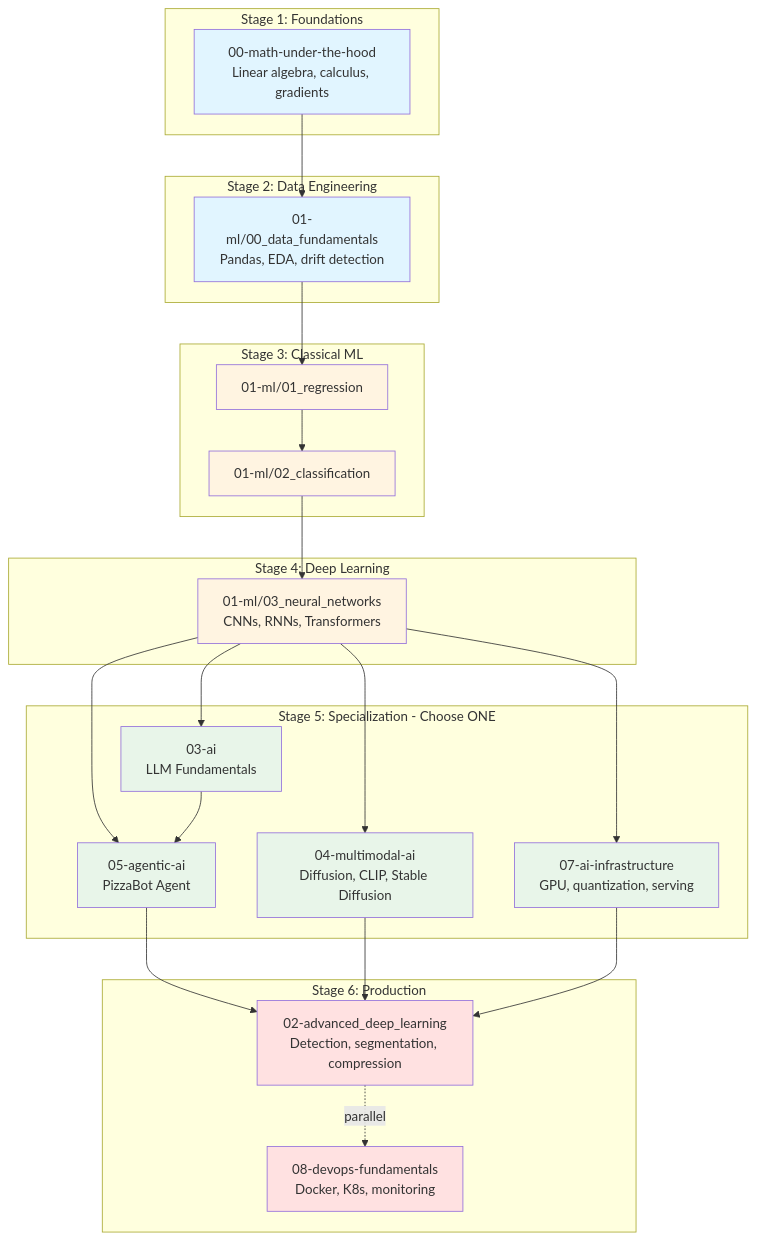
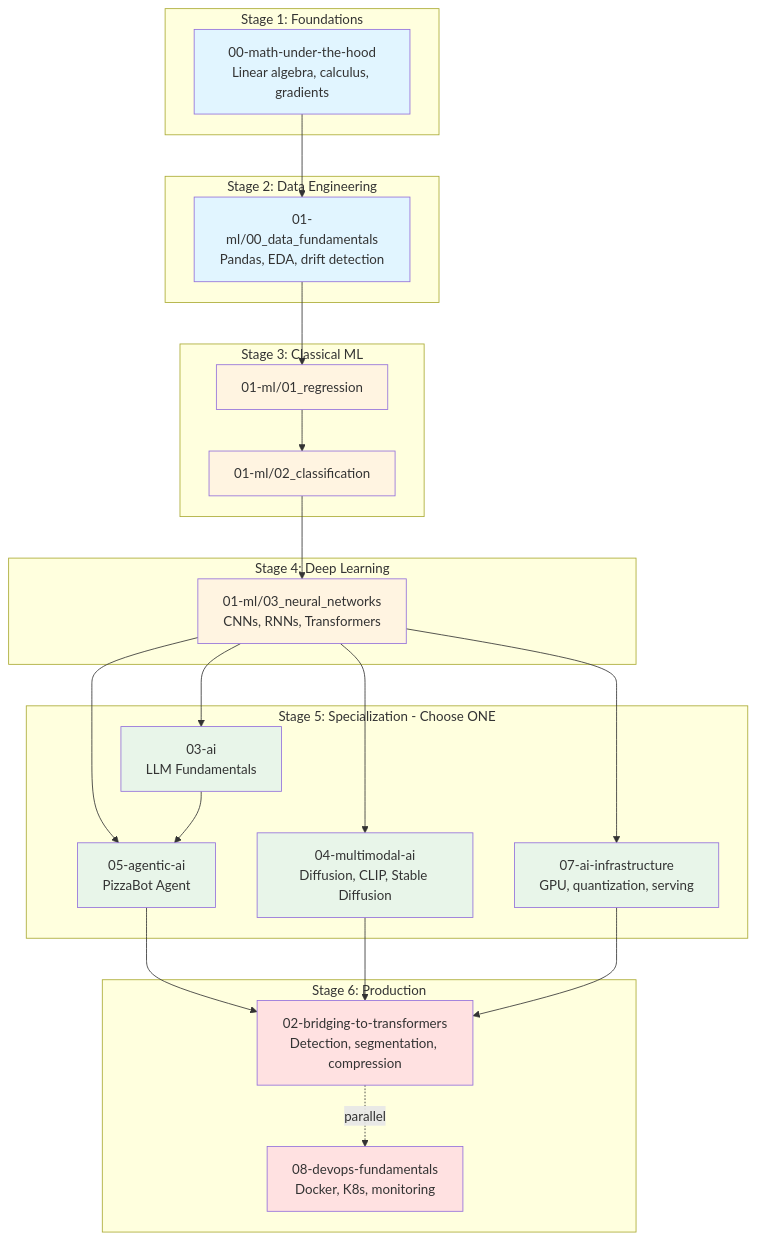
One commit to dsgouda7/ai-portfolio changed the diagram in notes/README.md. Above: the diagram before and after it, drawn with Mermaid. The commit also changed other lines of this file and 155 other files, not shown here.

Commit message:
feat(notes): rename 02 to bridging-to-transformers, add rigour rubric, embellish 03-llm ch00-ch04 with notebook companion refs + VAE/GAN failure section, weave RNN failure narrative into ch01-residual-networks, fix stale 03-ai path refs

````diff
--- a/notes/README.md
+++ b/notes/README.md
@@ -39,57 +39,57 @@
 ```mermaid
 flowchart TB
  subgraph Stage1[Stage 1: Foundations]
  Math[00-math-under-the-hood<br/>Linear algebra, calculus, gradients]
  end
 
  subgraph Stage2[Stage 2: Data Engineering]
  Data[01-ml/00_data_fundamentals<br/>Pandas, EDA, drift detection]
  end
 
  subgraph Stage3[Stage 3: Classical ML]
  Regression[01-ml/01_regression]
  Classification[01-ml/02_classification]
  Regression --> Classification
  end
 
  subgraph Stage4[Stage 4: Deep Learning]
  NeuralNets[01-ml/03_neural_networks<br/>CNNs, RNNs, Transformers]
  end
 
  subgraph Stage5[Stage 5: Specialization - Choose ONE]
  LLM[03-ai<br/>LLM Fundamentals]
  Agentic[05-agentic-ai<br/>PizzaBot Agent]
  Multimodal[04-multimodal-ai<br/>Diffusion, CLIP, Stable Diffusion]
  Infra[07-ai-infrastructure<br/>GPU, quantization, serving]
  end
 
  subgraph Stage6[Stage 6: Production]
- Advanced[02-advanced_deep_learning<br/>Detection, segmentation, compression]
+ Advanced[02-bridging-to-transformers<br/>Detection, segmentation, compression]
  DevOps[08-devops-fundamentals<br/>Docker, K8s, monitoring]
  Advanced -.parallel.-> DevOps
  end
 
  Math --> Data
  Data --> Regression
  Classification --> NeuralNets
  NeuralNets --> LLM
  NeuralNets --> Agentic
  NeuralNets --> Multimodal
  NeuralNets --> Infra
  LLM --> Agentic
  Agentic --> Advanced
  Multimodal --> Advanced
  Infra --> Advanced
 
  style Math fill:#e1f5ff
  style Data fill:#e1f5ff
  style Regression fill:#fff4e1
  style Classification fill:#fff4e1
  style NeuralNets fill:#fff4e1
  style LLM fill:#e8f5e9
  style Agentic fill:#e8f5e9
  style Multimodal fill:#e8f5e9
  style Infra fill:#e8f5e9
  style Advanced fill:#ffe1e1
  style DevOps fill:#ffe1e1
 ```
````
